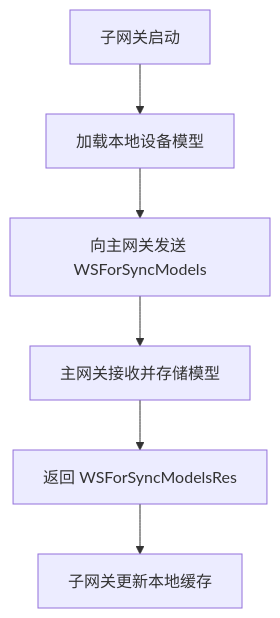
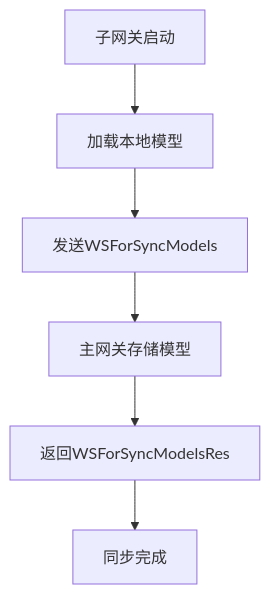
One commit to ibuilding-X/driver-box changed the third of 11 diagrams in pages/src/content/docs/exports/gateway.mdx. Above: the diagram before and after it, drawn with Mermaid. The commit also changed other lines of this file and 6 other files, not shown here.

````diff
--- a/pages/src/content/docs/exports/gateway.mdx
+++ b/pages/src/content/docs/exports/gateway.mdx
@@ -107,8 +187,8 @@
 ```mermaid
 graph TD
-    A[子网关启动] --> B[加载本地设备模型]
-    B --> C[向主网关发送 WSForSyncModels]
-    C --> D[主网关接收并存储模型]
-    D --> E[返回 WSForSyncModelsRes]
-    E --> F[子网关更新本地缓存]
+    A[子网关启动] --> B[加载本地模型]
+    B --> C[发送WSForSyncModels]
+    C --> D[主网关存储模型]
+    D --> E[返回WSForSyncModelsRes]
+    E --> F[同步完成]
 ```
````
